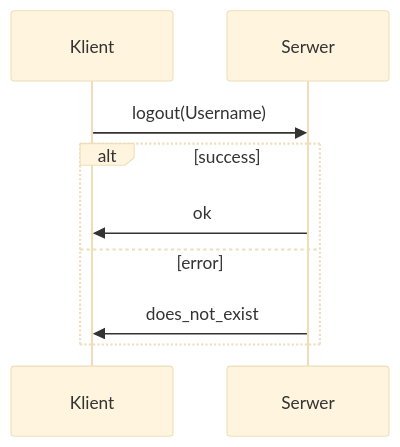
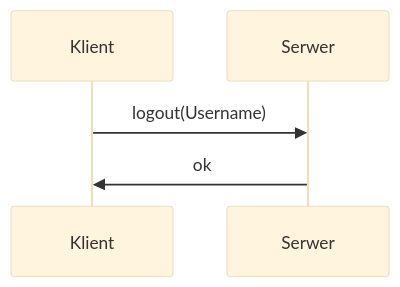
One commit to ZbiStr/communicator changed the second of 7 diagrams in doc/protocol.md. Above: the diagram before and after it, drawn with Mermaid (base theme). The commit also changed other lines of this file, not shown here.

````diff
--- a/doc/protocol.md
+++ b/doc/protocol.md
@@ -32,9 +34,5 @@
 ```mermaid
 sequenceDiagram
 Klient ->> Serwer: logout(Username)
-alt success
 Serwer ->> Klient: ok
-else error
-Serwer ->> Klient: does_not_exist
-end
 ```
````
